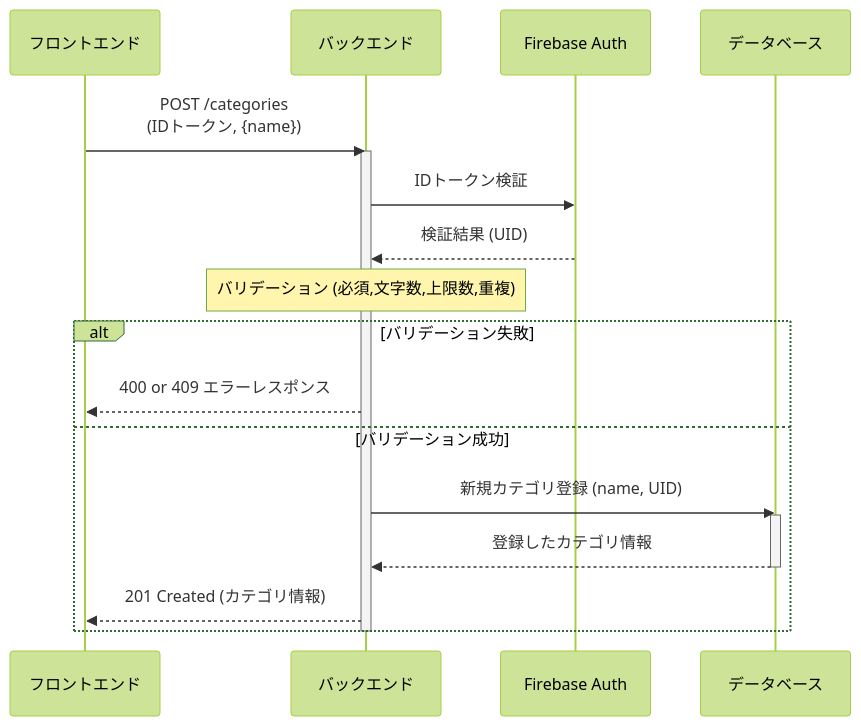
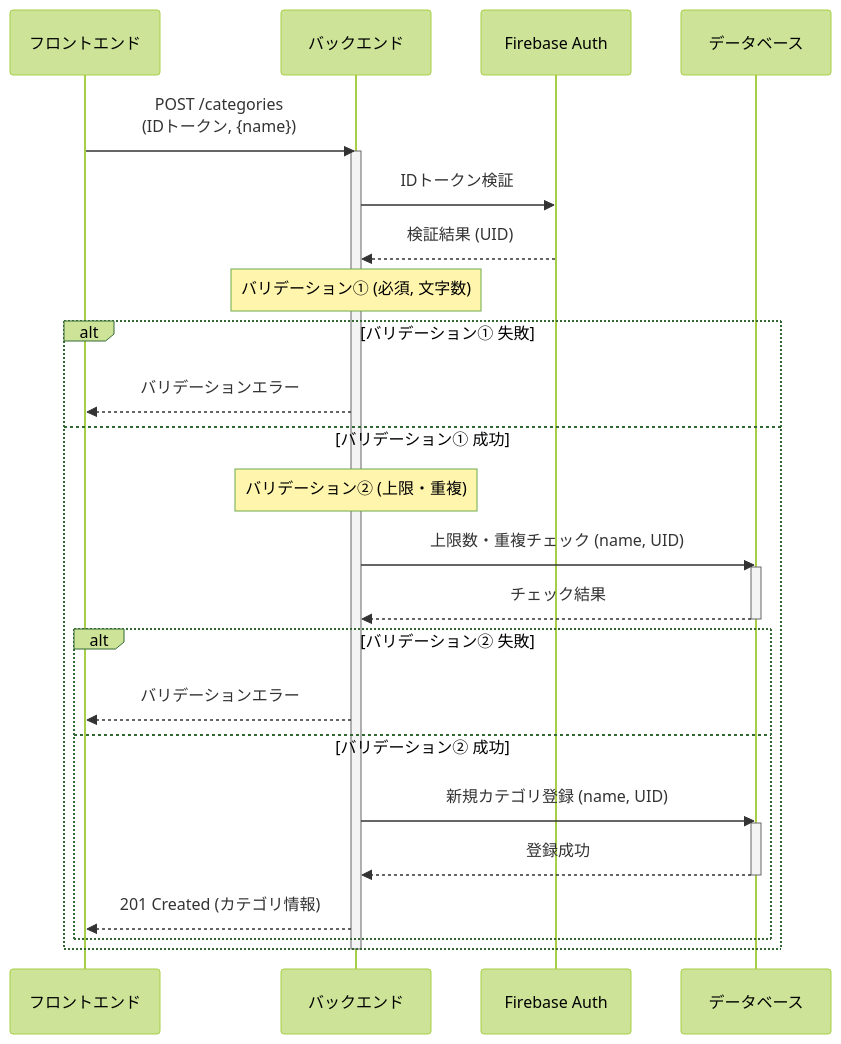
One commit to miki-hayashi-71/inventory-api changed the third of 9 diagrams in doc/seaquence.md. Above: the diagram before and after it, drawn with Mermaid (forest theme). The commit also changed other lines of this file, not shown here.

Commit message:
docs: Update sequence diagram

````diff
--- a/doc/seaquence.md
+++ b/doc/seaquence.md
@@ -62,25 +62,35 @@
 ```mermaid
 sequenceDiagram
     participant フロントエンド
     participant バックエンド
     participant Firebase Auth
     participant データベース
 
     フロントエンド->>バックエンド: POST /categories <br> (IDトークン, {name})
     activate バックエンド
     バックエンド->>Firebase Auth: IDトークン検証
     Firebase Auth-->>バックエンド: 検証結果 (UID)
 
-    note over バックエンド: バリデーション (必須,文字数,上限数,重複)
+    note over バックエンド: バリデーション① (必須, 文字数)
 
-    alt バリデーション失敗
-        バックエンド-->>フロントエンド: 400 or 409 エラーレスポンス
-    else バリデーション成功
-        バックエンド->>データベース: 新規カテゴリ登録 (name, UID)
+    alt バリデーション① 失敗
+        バックエンド-->>フロントエンド: バリデーションエラー
+    else バリデーション① 成功
+        note over バックエンド: バリデーション② (上限・重複)
+        バックエンド->>データベース: 上限数・重複チェック (name, UID)
         activate データベース
-        データベース-->>バックエンド: 登録したカテゴリ情報
+        データベース-->>バックエンド: チェック結果
         deactivate データベース
-        バックエンド-->>フロントエンド: 201 Created (カテゴリ情報)
+
+        alt バリデーション② 失敗
+            バックエンド-->>フロントエンド: バリデーションエラー
+        else バリデーション② 成功
+            バックエンド->>データベース: 新規カテゴリ登録 (name, UID)
+            activate データベース
+            データベース-->>バックエンド: 登録成功
+            deactivate データベース
+            バックエンド-->>フロントエンド: 201 Created (カテゴリ情報)
+        end
     end
     deactivate バックエンド
 ```
````
